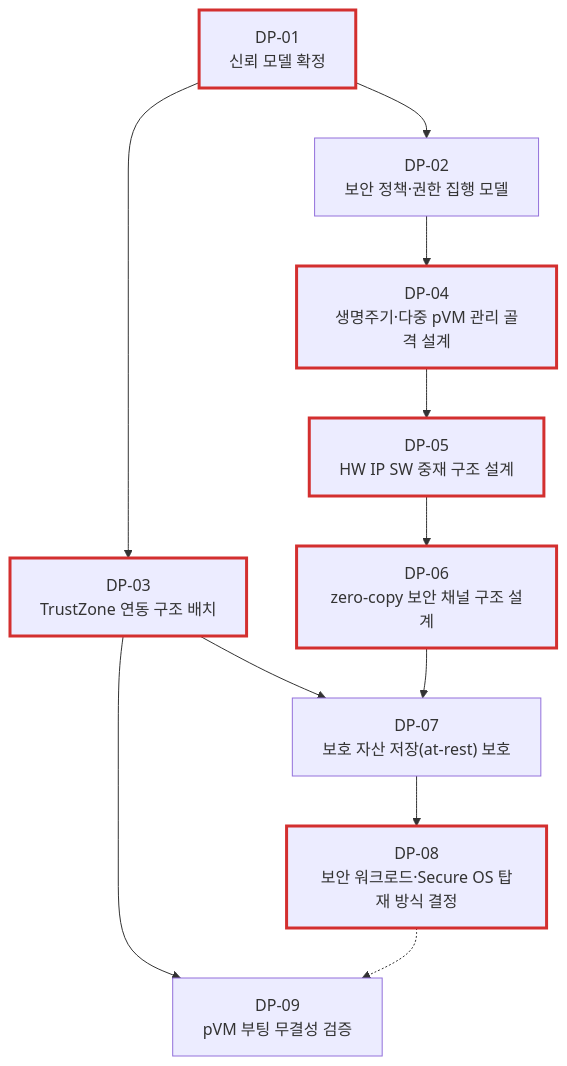
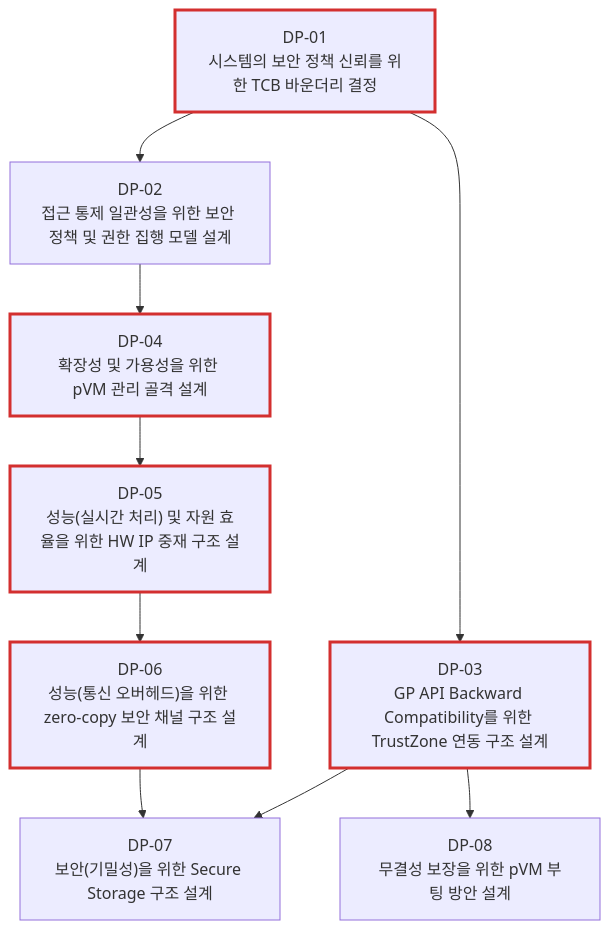
Before and after one commit to boram1288/test-p: the diagram in docs/05_design_points.md, drawn with Mermaid. The commit also changed other lines of this file, not shown here.

````diff
--- a/docs/05_design_points.md
+++ b/docs/05_design_points.md
@@ -42,26 +41,23 @@
 ```mermaid
 flowchart TD
-    DP01["DP-01<br/>신뢰 모델 확정"]
-    DP02["DP-02<br/>보안 정책·권한 집행 모델"]
-    DP03["DP-03<br/>TrustZone 연동 구조 배치"]
-    DP04["DP-04<br/>생명주기·다중 pVM 관리 골격 설계"]
-    DP05["DP-05<br/>HW IP SW 중재 구조 설계"]
-    DP06["DP-06<br/>zero-copy 보안 채널 구조 설계"]
-    DP07["DP-07<br/>보호 자산 저장(at-rest) 보호"]
-    DP08["DP-08<br/>보안 워크로드·Secure OS 탑재 방식 결정"]
-    DP09["DP-09<br/>pVM 부팅 무결성 검증"]
+    DP01["DP-01<br/>시스템의 보안 정책 신뢰를 위한 TCB 바운더리 결정"]
+    DP02["DP-02<br/>접근 통제 일관성을 위한 보안 정책 및 권한 집행 모델 설계"]
+    DP03["DP-03<br/>GP API Backward Compatibility를 위한 TrustZone 연동 구조 설계"]
+    DP04["DP-04<br/>확장성 및 가용성을 위한 pVM 관리 골격 설계"]
+    DP05["DP-05<br/>성능(실시간 처리) 및 자원 효율을 위한 HW IP 중재 구조 설계"]
+    DP06["DP-06<br/>성능(통신 오버헤드)을 위한 zero-copy 보안 채널 구조 설계"]
+    DP07["DP-07<br/>보안(기밀성)을 위한 Secure Storage 구조 설계"]
+    DP08["DP-08<br/>무결성 보장을 위한 pVM 부팅 방안 설계"]
 
     classDef tLinked stroke:#d32f2f,stroke-width:3px
-    class DP01,DP03,DP04,DP05,DP06,DP08 tLinked
+    class DP01,DP03,DP04,DP05,DP06 tLinked
 
     DP01 --> DP02
     DP01 --> DP03
     DP02 --> DP04
     DP04 --> DP05
     DP05 --> DP06
     DP03 --> DP07
     DP06 --> DP07
-    DP07 --> DP08
-    DP03 --> DP09
-    DP08 -.-> DP09
+    DP03 --> DP08
 ```
````
